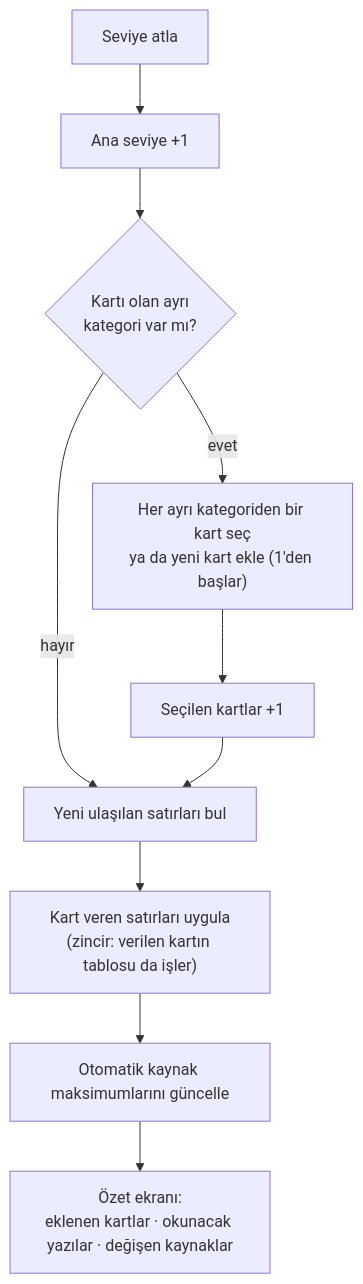
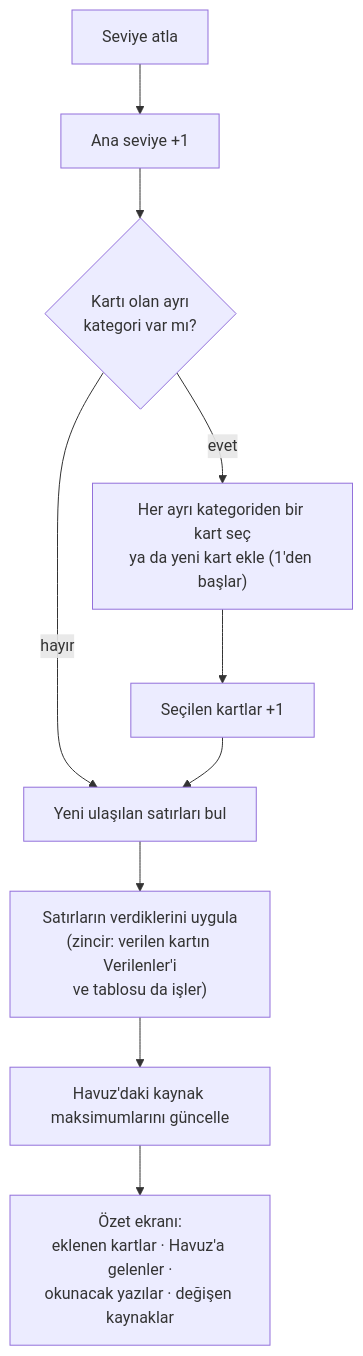
The seventh of 9 diagrams in docs/free-template/DESIGN.md (elymsyr/dungeon-master-tool), drawn with Mermaid before and after one commit. The commit also changed other lines of this file and 38 other files, not shown here.

````diff
--- a/docs/free-template/DESIGN.md
+++ b/docs/free-template/DESIGN.md
@@ -771,12 +860,12 @@
 ```mermaid
 flowchart TD
     A["Seviye atla"] --> B["Ana seviye +1"]
     B --> C{"Kartı olan ayrı<br/>kategori var mı?"}
     C -- "evet" --> D["Her ayrı kategoriden bir kart seç<br/>ya da yeni kart ekle (1'den başlar)"]
     D --> E["Seçilen kartlar +1"]
     C -- "hayır" --> F
     E --> F["Yeni ulaşılan satırları bul"]
-    F --> G["Kart veren satırları uygula<br/>(zincir: verilen kartın tablosu da işler)"]
-    G --> H["Otomatik kaynak maksimumlarını güncelle"]
-    H --> I["Özet ekranı:<br/>eklenen kartlar · okunacak yazılar · değişen kaynaklar"]
+    F --> G["Satırların verdiklerini uygula<br/>(zincir: verilen kartın Verilenler'i<br/>ve tablosu da işler)"]
+    G --> H["Havuz'daki kaynak maksimumlarını güncelle"]
+    H --> I["Özet ekranı:<br/>eklenen kartlar · Havuz'a gelenler ·<br/>okunacak yazılar · değişen kaynaklar"]
 ```
````
